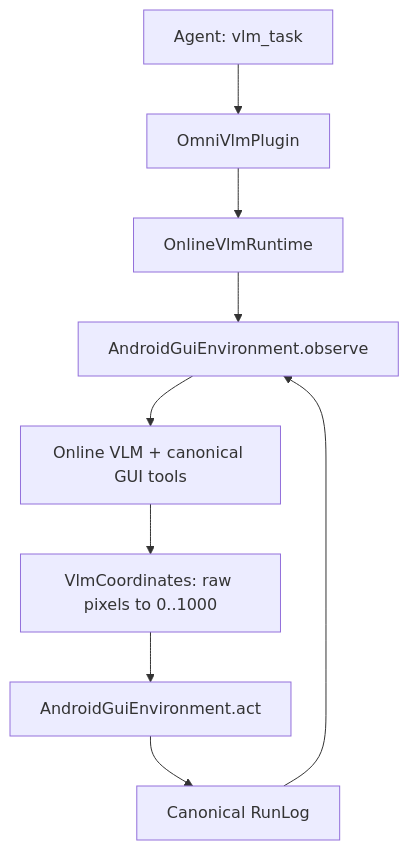
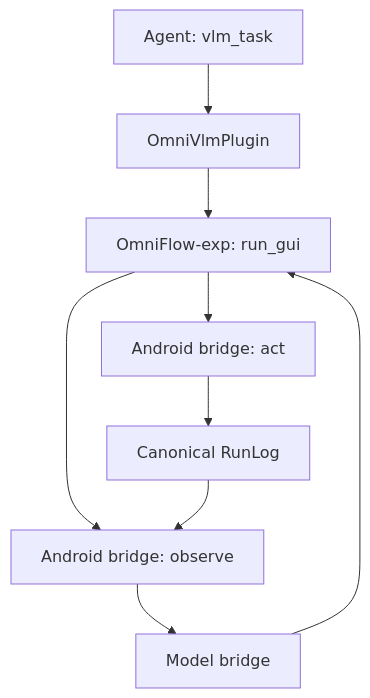
The diagram in omniflow-android/README.md (a1494190052-glitch/OmniBot), drawn with Mermaid before and after one commit. The commit also changed other lines of this file and 249 other files, not shown here.

Commit message:
feat: complete VLM execution and permission flow

````diff
--- a/omniflow-android/README.md
+++ b/omniflow-android/README.md
@@ -10,11 +9,11 @@
 ```mermaid
 flowchart TD
     Agent["Agent: vlm_task"] --> Plugin["OmniVlmPlugin"]
-    Plugin --> Runtime["OnlineVlmRuntime"]
-    Runtime --> Observe["AndroidGuiEnvironment.observe"]
-    Observe --> Model["Online VLM + canonical GUI tools"]
-    Model --> Boundary["VlmCoordinates: raw pixels to 0..1000"]
-    Boundary --> Act["AndroidGuiEnvironment.act"]
+    Plugin --> Runtime["OmniFlow-exp: run_gui"]
+    Runtime --> Observe["Android bridge: observe"]
+    Observe --> Model["Model bridge"]
+    Model --> Runtime
+    Runtime --> Act["Android bridge: act"]
     Act --> Log["Canonical RunLog"]
     Log --> Observe
 ```
````
